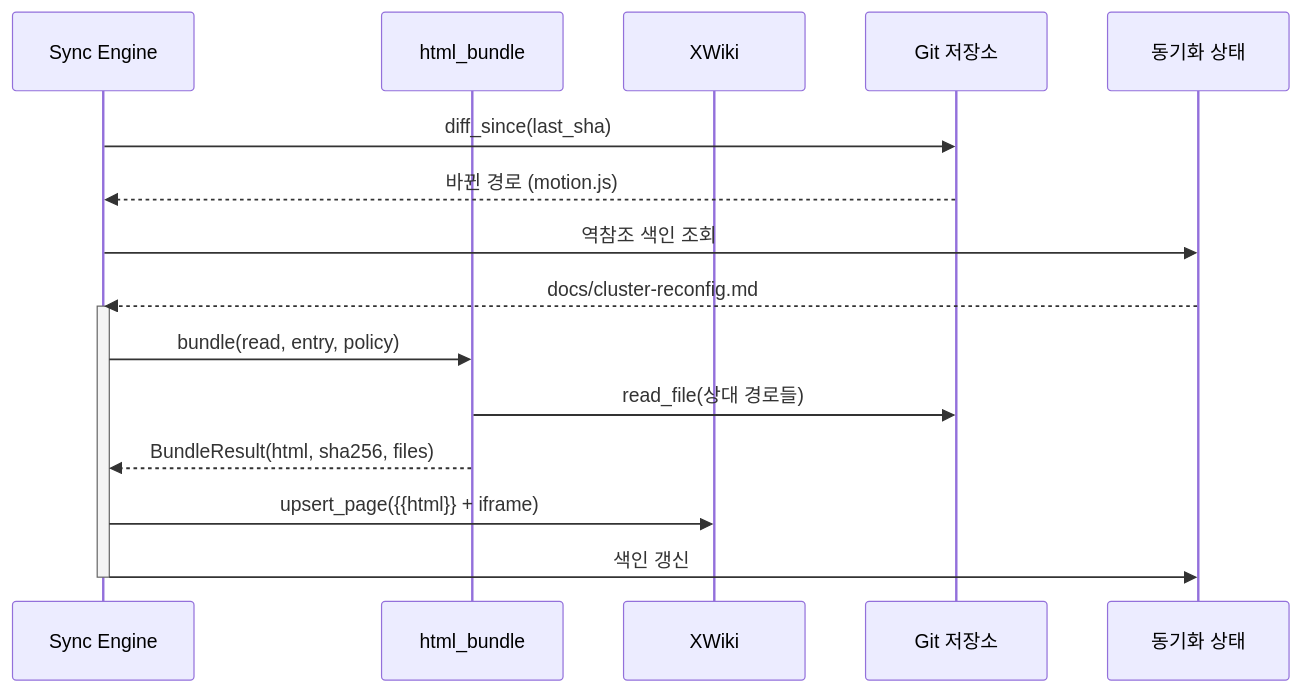
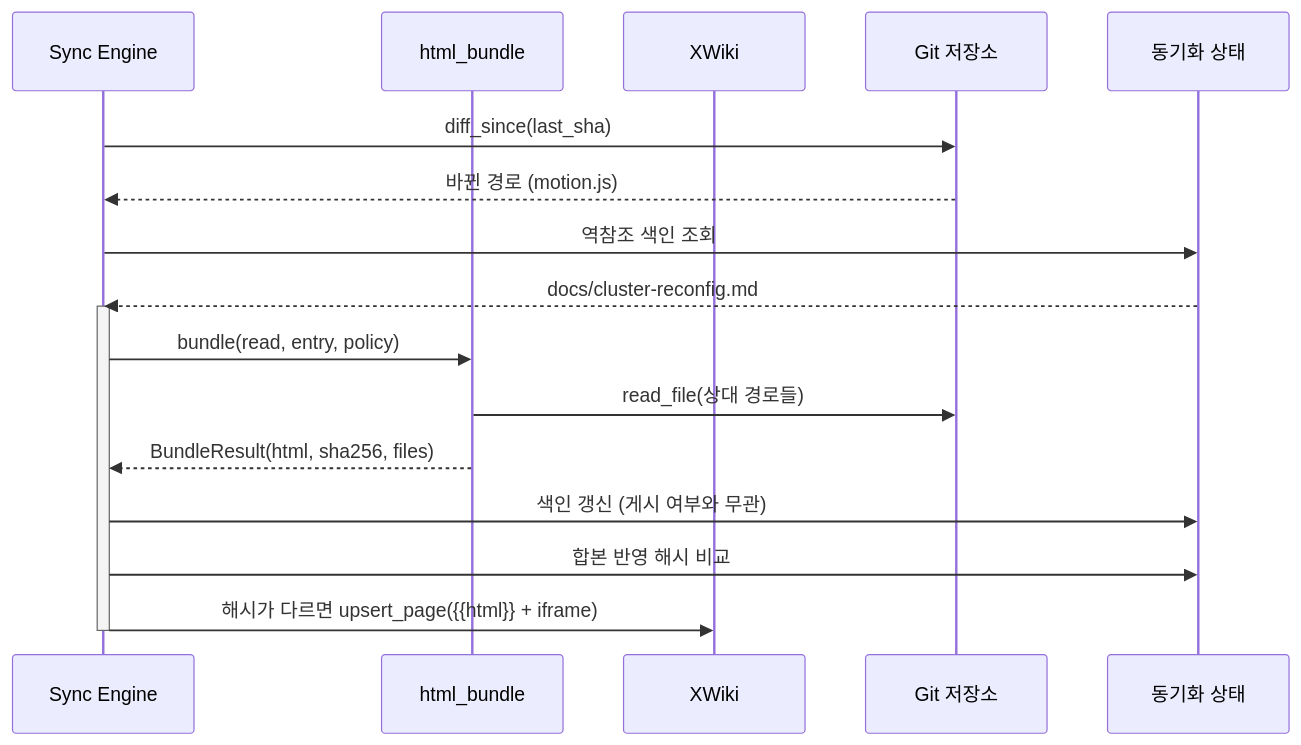
The second of 2 diagrams in docs/html-embed-design.md (sch0718/synctx), drawn with Mermaid before and after one commit. The commit also changed other lines of this file, not shown here.

First line of the commit message:
docs: HTML 임베드 설계 3차 리뷰 반영

````diff
--- a/docs/html-embed-design.md
+++ b/docs/html-embed-design.md
@@ -239,19 +250,20 @@
 ```mermaid
 sequenceDiagram
     participant Sync as Sync Engine
     participant Bundle as html_bundle
     participant XWiki as XWiki
     participant Git as Git 저장소
     participant State as 동기화 상태
     Sync->>Git: diff_since(last_sha)
     Git-->>Sync: 바뀐 경로 (motion.js)
     Sync->>State: 역참조 색인 조회
     State-->>Sync: docs/cluster-reconfig.md
     activate Sync
     Sync->>Bundle: bundle(read, entry, policy)
     Bundle->>Git: read_file(상대 경로들)
     Bundle-->>Sync: BundleResult(html, sha256, files)
-    Sync->>XWiki: upsert_page({{html}} + iframe)
-    Sync->>State: 색인 갱신
+    Sync->>State: 색인 갱신 (게시 여부와 무관)
+    Sync->>State: 합본 반영 해시 비교
+    Sync->>XWiki: 해시가 다르면 upsert_page({{html}} + iframe)
     deactivate Sync
 ```
````
